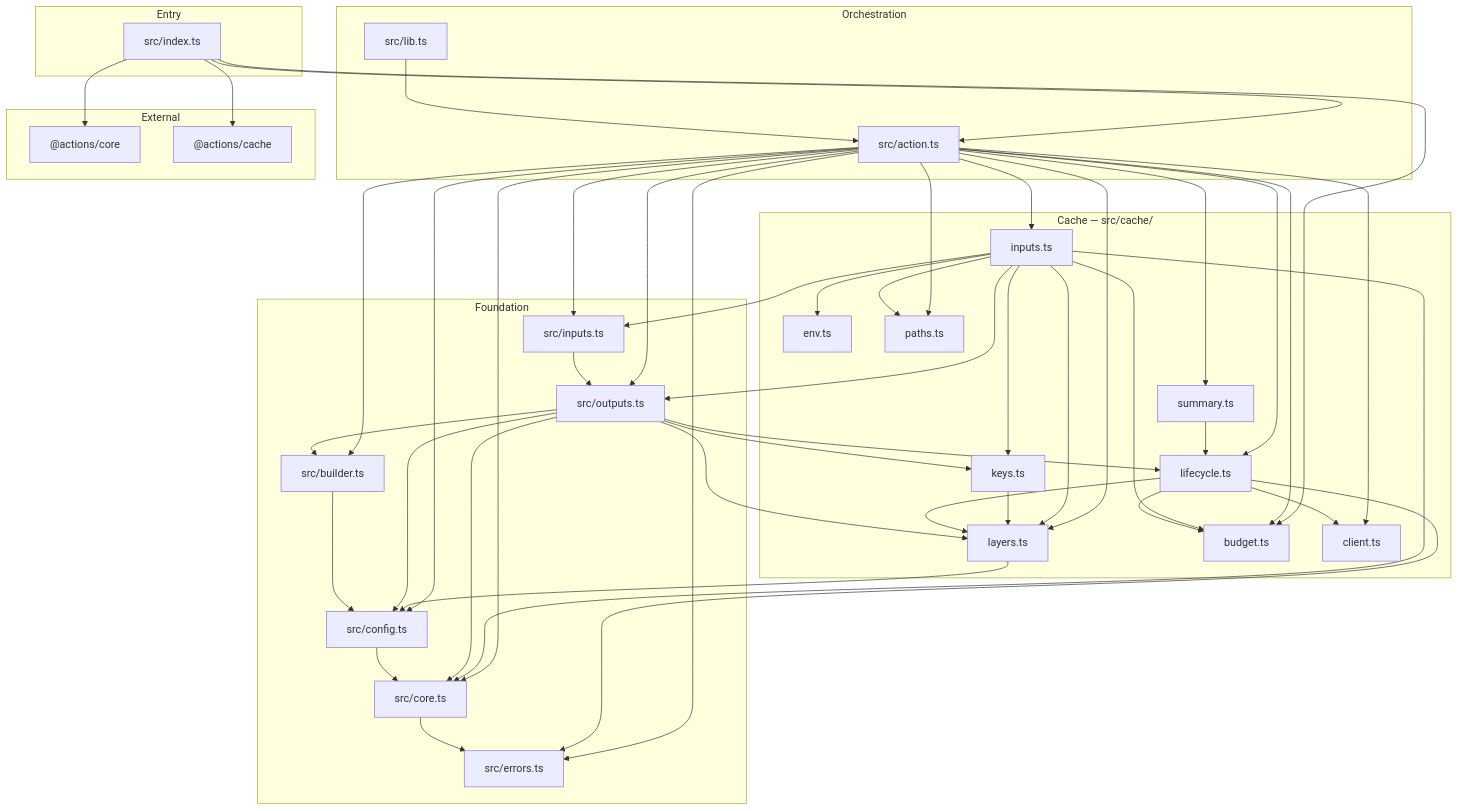
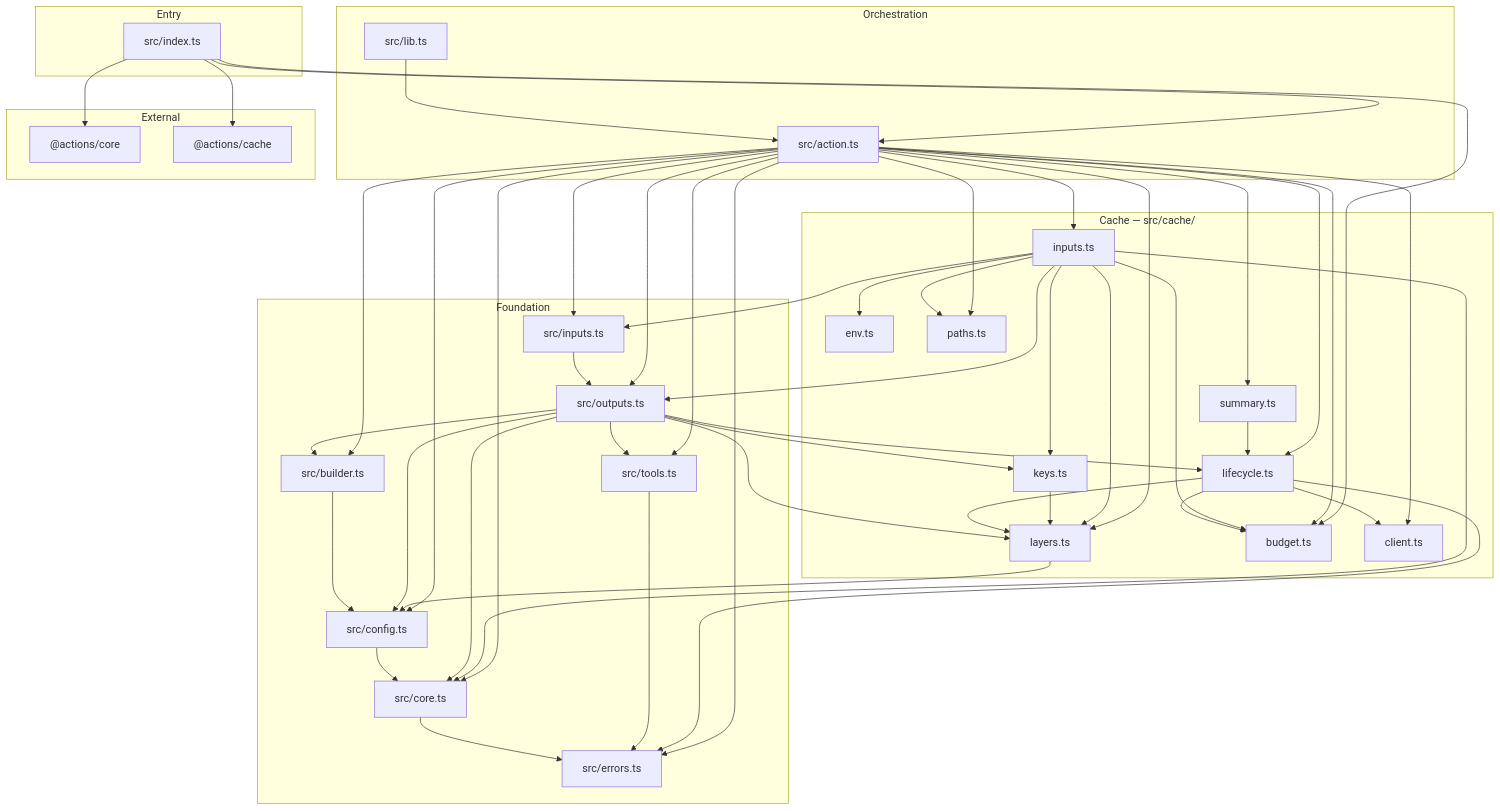
Before and after one commit to elioseverojunior/rust-toolchain: the first of 8 diagrams in docs/ARCHITECTURE.md, drawn with Mermaid. The commit also changed other lines of this file and 6 other files, not shown here.

```diff
--- a/docs/ARCHITECTURE.md
+++ b/docs/ARCHITECTURE.md
@@ -94,6 +94,7 @@
         OUT[src/outputs.ts]
         INP[src/inputs.ts]
         ERR[src/errors.ts]
+        TLS[src/tools.ts]
     end
 
     subgraph External
@@ -119,6 +120,7 @@
     R --> OUT
     R --> INP
     R --> ERR
+    R --> TLS
 
     CIN --> CKY
     CIN --> CLY
@@ -143,6 +145,8 @@
     OUT --> BLD
     OUT --> CFG
     OUT --> CORE
+    OUT --> TLS
+    TLS --> ERR
 
     INP --> OUT
     BLD --> CFG
```
